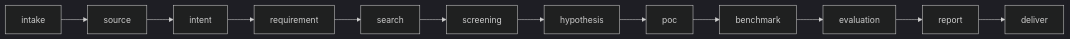
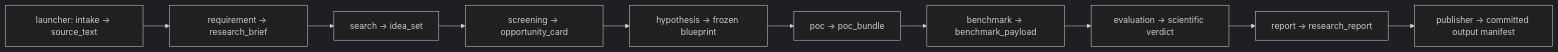
The first of 2 diagrams in docs/architecture/m1/pipeline.md (Stellven/jiuwenswarm), drawn with Mermaid (dark theme) before and after one commit. The commit also changed other lines of this file and 192 other files, not shown here.

Commit message:
docs: freeze M1 sources and complete Docker architecture handoff

````diff
--- a/docs/architecture/m1/pipeline.md
+++ b/docs/architecture/m1/pipeline.md
@@ -17,12 +42,12 @@
 ```mermaid
 flowchart LR
-    L["intake"] --> X["source"] --> I["intent"] --> R["requirement"]
-    R --> S["search"]
-    S --> SCR["screening"]
-    SCR --> H["hypothesis"]
-    H --> P["poc"]
-    P --> B["benchmark"]
-    B --> E["evaluation"]
-    E --> REP["report"]
-    REP --> D["deliver"]
+  IN["launcher: intake -> source_text"] --> R["requirement -> research_brief"]
+  R --> S["search -> idea_set"]
+  S --> SC["screening -> opportunity_card"]
+  SC --> H["hypothesis -> frozen blueprint"]
+  H --> P["poc -> poc_bundle"]
+  P --> B["benchmark -> benchmark_payload"]
+  B --> E["evaluation -> scientific verdict"]
+  E --> RP["report -> research_report"]
+  RP --> PUB["publisher -> committed output manifest"]
 ```
````
